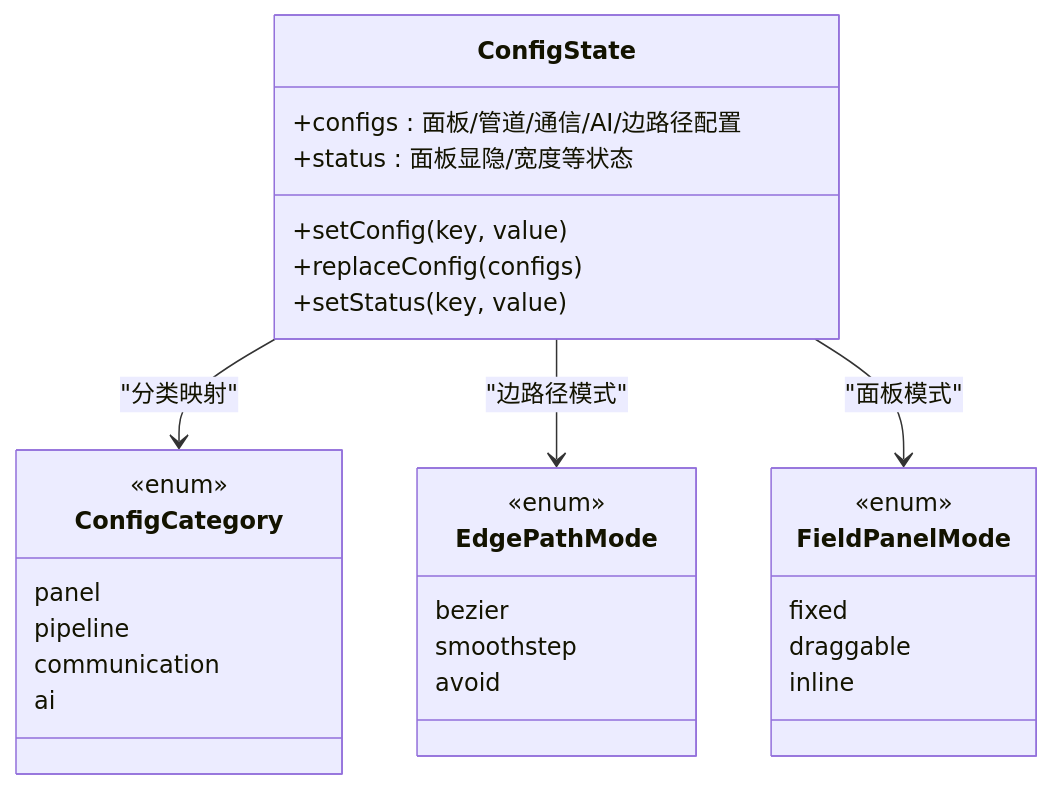
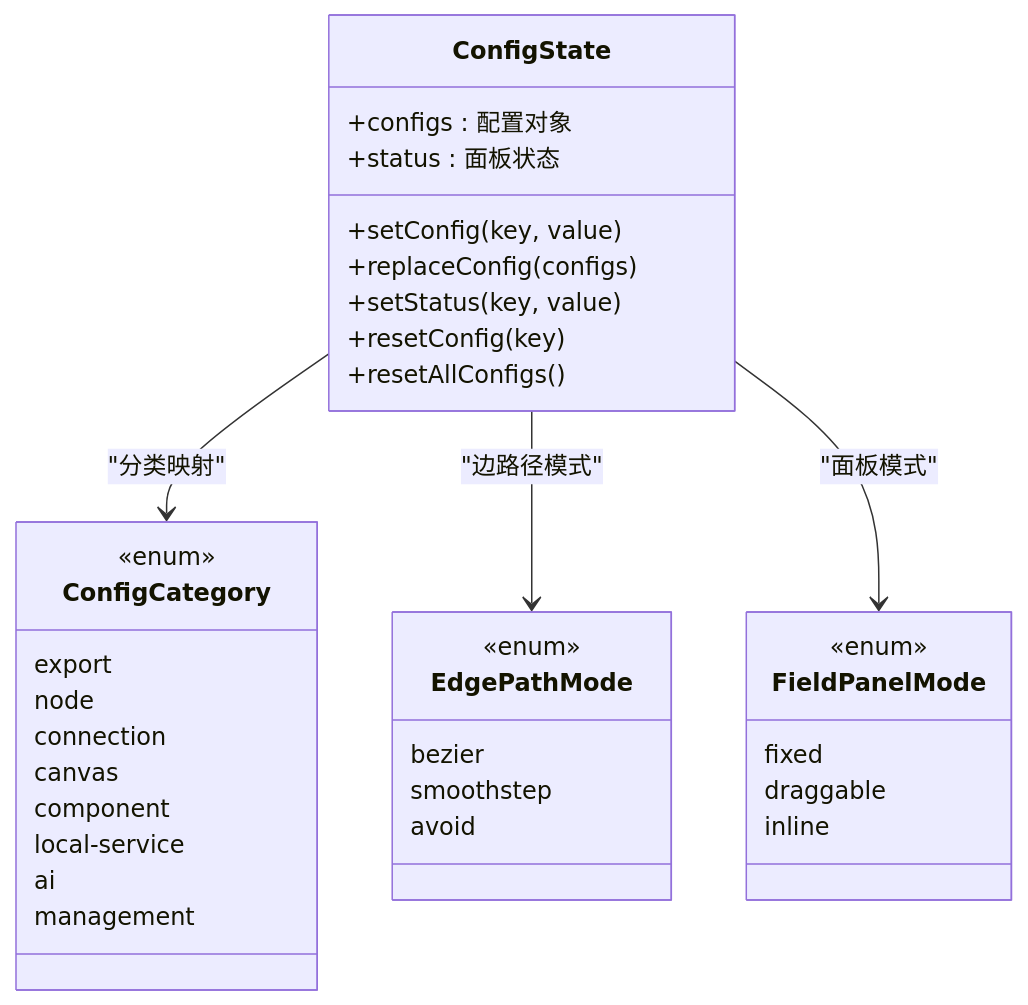
Before and after one commit to kqcoxn/MaaPipelineEditor: the sixth of 14 diagrams in .qoder/repowiki/zh/content/用户界面/面板系统/配置面板/面板配置区域.md, drawn with Mermaid. The commit also changed other lines of this file and 50 other files, not shown here.

````diff
--- a/.qoder/repowiki/zh/content/用户界面/面板系统/配置面板/面板配置区域.md
+++ b/.qoder/repowiki/zh/content/用户界面/面板系统/配置面板/面板配置区域.md
@@ -190,32 +309,38 @@
 ```mermaid
 classDiagram
 class ConfigState {
-+configs : 面板/管道/通信/AI/边路径配置
-+status : 面板显隐/宽度等状态
++configs : 配置对象
++status : 面板状态
 +setConfig(key, value)
 +replaceConfig(configs)
 +setStatus(key, value)
++resetConfig(key)
++resetAllConfigs()
 }
 class ConfigCategory {
 <<enum>>
-panel
-pipeline
-communication
+export
+node
+connection
+canvas
+component
+local-service
 ai
+management
 }
 class EdgePathMode {
 <<enum>>
 bezier
 smoothstep
 avoid
 }
 class FieldPanelMode {
 <<enum>>
 fixed
 draggable
 inline
 }
 ConfigState --> ConfigCategory : "分类映射"
 ConfigState --> EdgePathMode : "边路径模式"
 ConfigState --> FieldPanelMode : "面板模式"
 ```
````
